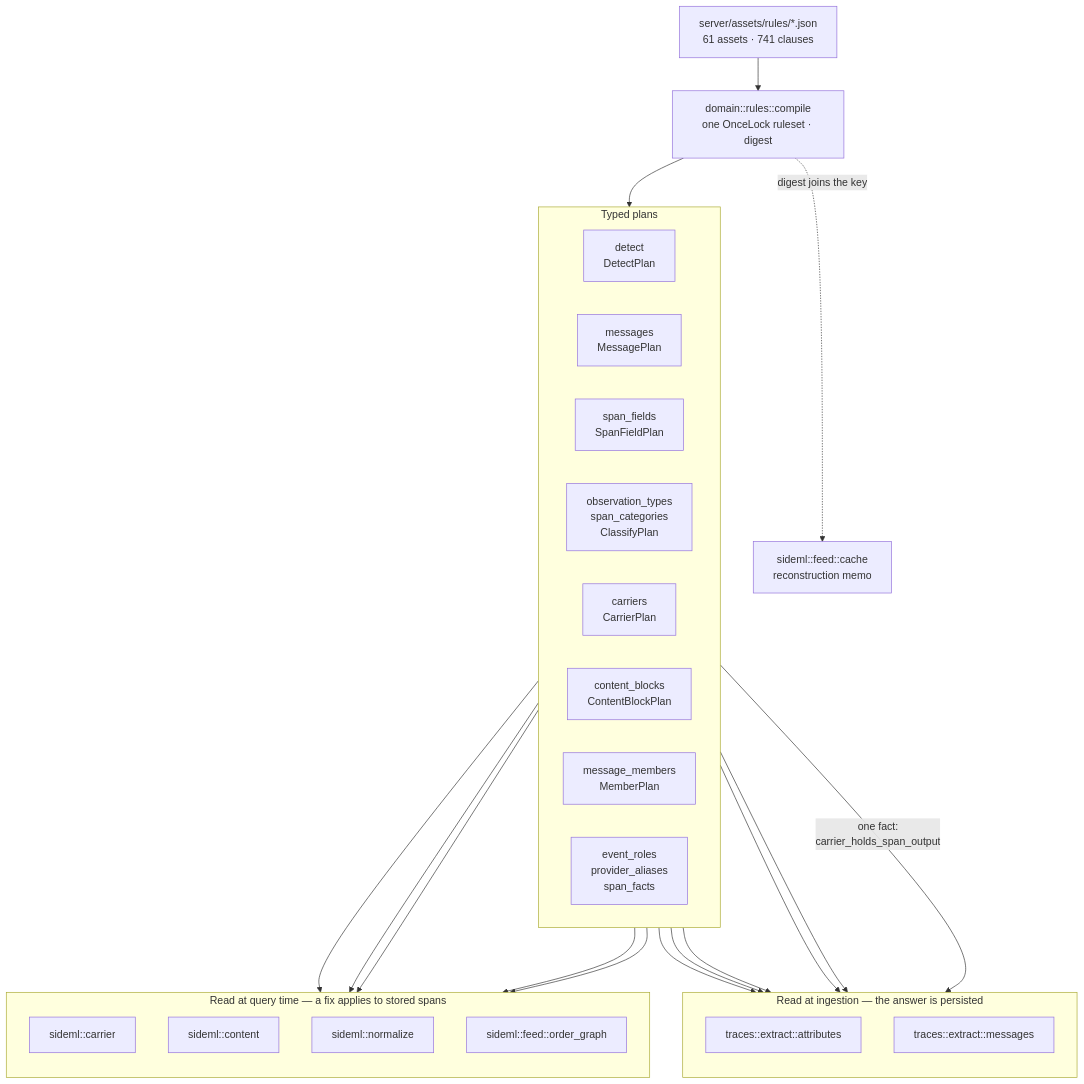
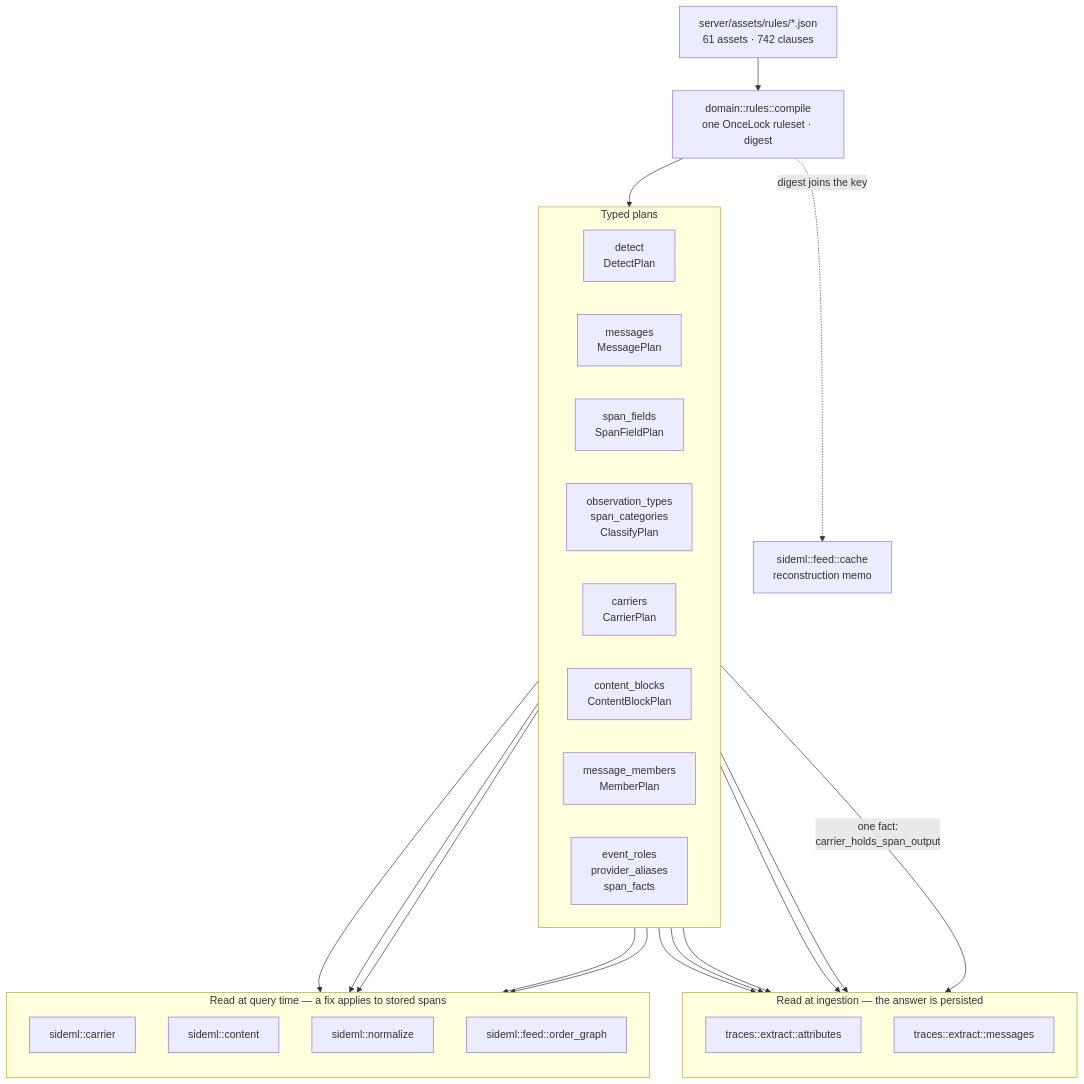
The first of 7 diagrams in docs/engineering/architecture-diagrams.md (sideseat/sideseat), drawn with Mermaid before and after one commit. The commit also changed 15 other files, not shown here.

````diff
--- a/docs/engineering/architecture-diagrams.md
+++ b/docs/engineering/architecture-diagrams.md
@@ -18,47 +18,47 @@
 ```mermaid
 flowchart TB
-    assets["server/assets/rules/*.json<br/>61 assets · 741 clauses"]
+    assets["server/assets/rules/*.json<br/>61 assets · 742 clauses"]
     compile["domain::rules::compile<br/>one OnceLock ruleset · digest"]
     assets --> compile
 
     subgraph plans["Typed plans"]
         direction LR
         detect["detect<br/>DetectPlan"]
         messages["messages<br/>MessagePlan"]
         fields["span_fields<br/>SpanFieldPlan"]
         classify["observation_types<br/>span_categories<br/>ClassifyPlan"]
         carriers["carriers<br/>CarrierPlan"]
         blocks["content_blocks<br/>ContentBlockPlan"]
         members["message_members<br/>MemberPlan"]
         roles["event_roles<br/>provider_aliases<br/>span_facts"]
     end
     compile --> plans
 
     subgraph ingest["Read at ingestion — the answer is persisted"]
         direction TB
         attrs["traces::extract::attributes"]
         msgs["traces::extract::messages"]
     end
 
     subgraph query["Read at query time — a fix applies to stored spans"]
         direction TB
         carrier["sideml::carrier"]
         content["sideml::content"]
         normalize["sideml::normalize"]
         order["sideml::feed::order_graph"]
     end
 
     detect --> attrs
     fields --> attrs
     classify --> attrs
     roles --> attrs
     messages --> msgs
     carriers -->|"one fact:<br/>carrier_holds_span_output"| msgs
     carriers --> carrier
     carriers --> order
     blocks --> content
     members --> content
     roles --> normalize
 
     compile -. "digest joins the key" .-> cache["sideml::feed::cache<br/>reconstruction memo"]
 ```
````
